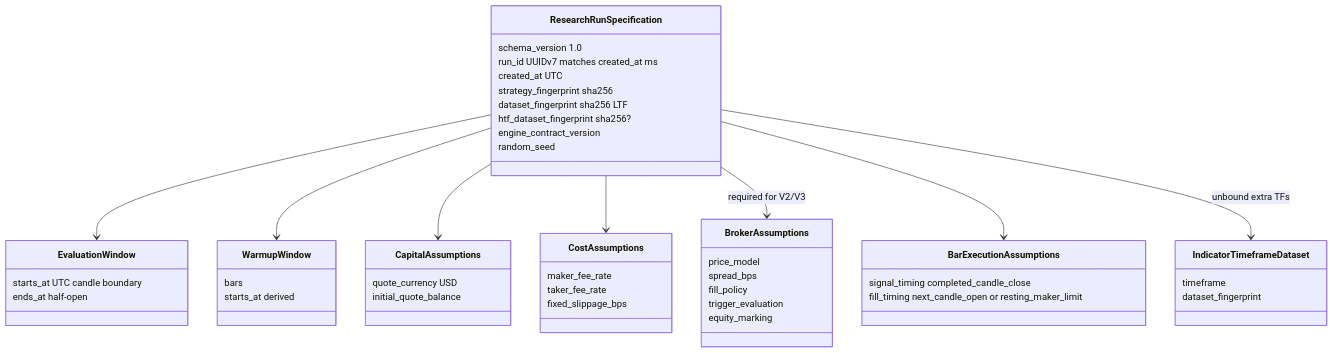
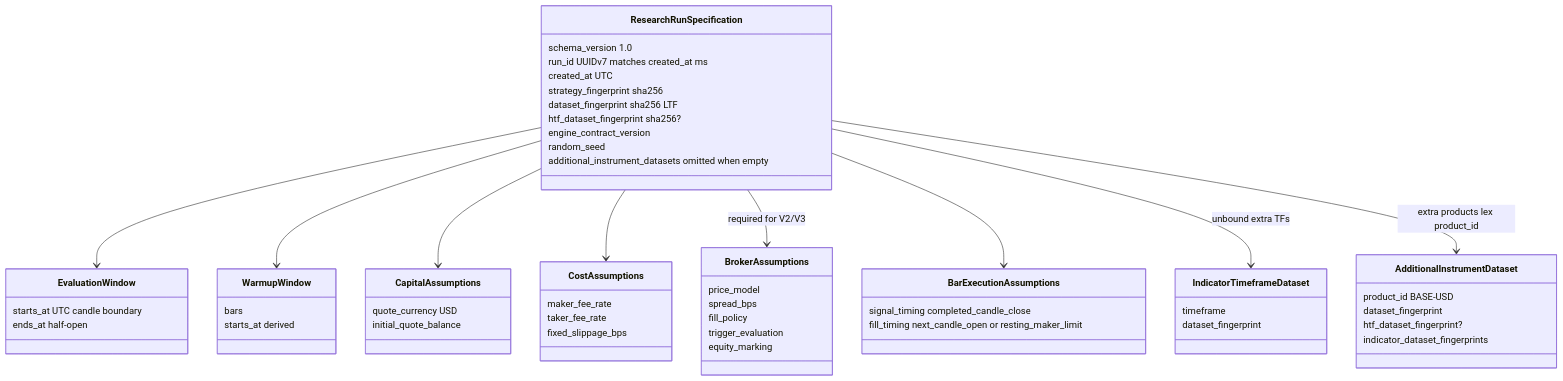
One commit to Zoltesh/thytrader changed the first of 2 diagrams in docs/architecture/contracts/research-run.md. Above: the diagram before and after it, drawn with Mermaid. The commit also changed other lines of this file and 65 other files, not shown here.

````diff
--- a/docs/architecture/contracts/research-run.md
+++ b/docs/architecture/contracts/research-run.md
@@ -11,52 +11,60 @@
 ```mermaid
 classDiagram
   class ResearchRunSpecification {
     schema_version 1.0
     run_id UUIDv7 matches created_at ms
     created_at UTC
     strategy_fingerprint sha256
     dataset_fingerprint sha256 LTF
     htf_dataset_fingerprint sha256?
     engine_contract_version
     random_seed
+    additional_instrument_datasets omitted when empty
   }
   class EvaluationWindow {
     starts_at UTC candle boundary
     ends_at half-open
   }
   class WarmupWindow {
     bars
     starts_at derived
   }
   class CapitalAssumptions {
     quote_currency USD
     initial_quote_balance
   }
   class CostAssumptions {
     maker_fee_rate
     taker_fee_rate
     fixed_slippage_bps
   }
   class BrokerAssumptions {
     price_model
     spread_bps
     fill_policy
     trigger_evaluation
     equity_marking
   }
   class BarExecutionAssumptions {
     signal_timing completed_candle_close
     fill_timing next_candle_open or resting_maker_limit
   }
   class IndicatorTimeframeDataset {
     timeframe
     dataset_fingerprint
   }
+  class AdditionalInstrumentDataset {
+    product_id BASE-USD
+    dataset_fingerprint
+    htf_dataset_fingerprint?
+    indicator_dataset_fingerprints
+  }
   ResearchRunSpecification --> EvaluationWindow
   ResearchRunSpecification --> WarmupWindow
   ResearchRunSpecification --> CapitalAssumptions
   ResearchRunSpecification --> CostAssumptions
   ResearchRunSpecification --> BrokerAssumptions : required for V2/V3
   ResearchRunSpecification --> BarExecutionAssumptions
   ResearchRunSpecification --> IndicatorTimeframeDataset : unbound extra TFs
+  ResearchRunSpecification --> AdditionalInstrumentDataset : extra products lex product_id
 ```
````
